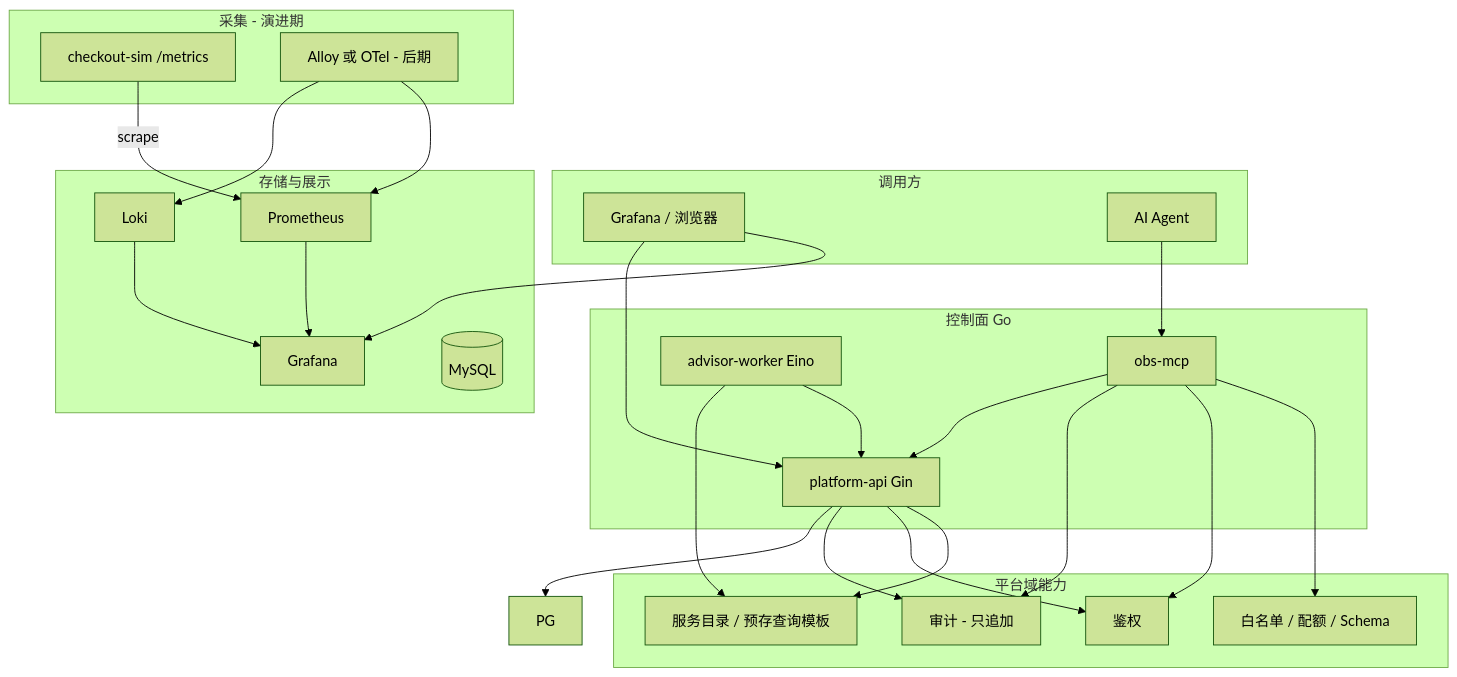
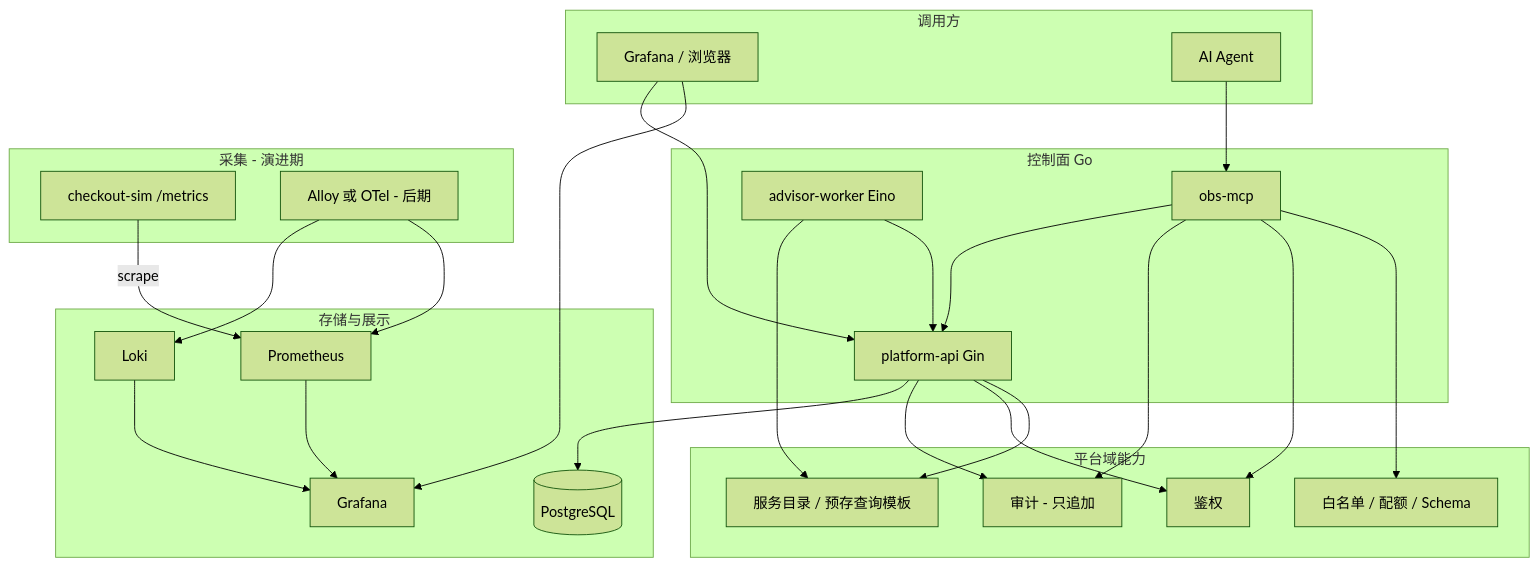
The second of 9 diagrams in docs/architecture.md (NOOBincode/cloud-agent-monitor), drawn with Mermaid (forest theme) before and after one commit. The commit also changed other lines of this file and 97 other files, not shown here.

````diff
--- a/docs/architecture.md
+++ b/docs/architecture.md
@@ -60,51 +60,51 @@
 ```mermaid
 flowchart TB
   subgraph clients [调用方]
     Human[Grafana / 浏览器]
     AIAgent[AI Agent]
   end
 
   subgraph control [控制面 Go]
     API[platform-api Gin]
     MCP[obs-mcp]
     ADV[advisor-worker Eino]
   end
 
   subgraph planes [平台域能力]
     Catalog[服务目录 / 预存查询模板]
     Policy[白名单 / 配额 / Schema]
     Audit[审计 - 只追加]
     Auth[鉴权]
   end
 
   subgraph collect [采集 - 演进期]
     Demo[checkout-sim /metrics]
     Alloy[Alloy 或 OTel - 后期]
   end
 
   subgraph store [存储与展示]
     Prom[Prometheus]
     Loki[Loki]
     Graf[Grafana]
-    MySQL[(MySQL)]
+    PG[(PostgreSQL)]
   end
 
   Human --> Graf
   Human --> API
   AIAgent --> MCP
   MCP --> Policy
   MCP --> Auth
   MCP --> Audit
   MCP --> API
   API --> Catalog
   API --> Auth
   API --> Audit
   API --> PG
   ADV --> API
   ADV --> Catalog
   Demo -->|scrape| Prom
   Alloy --> Prom
   Alloy --> Loki
   Prom --> Graf
   Loki --> Graf
 ```
````
